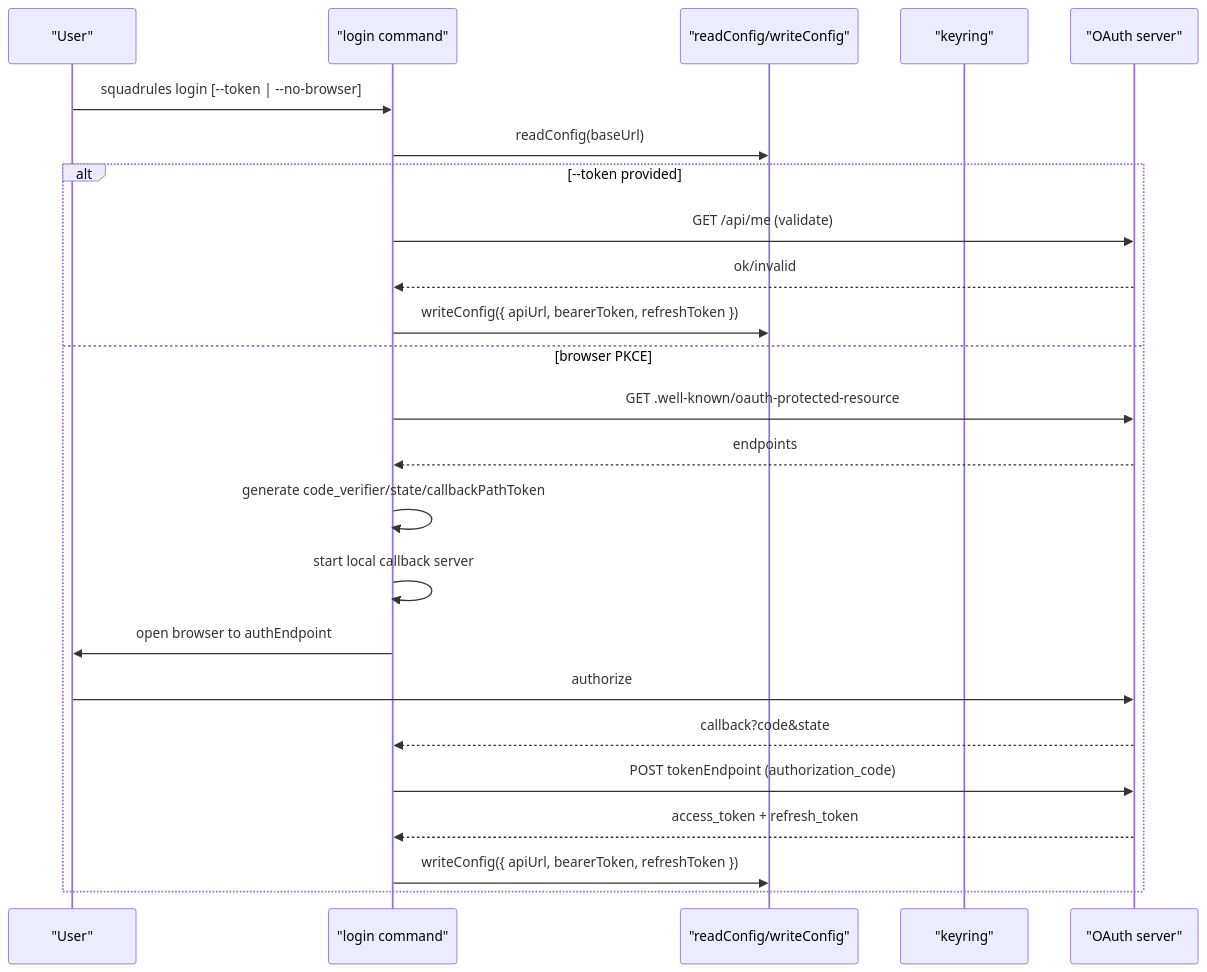
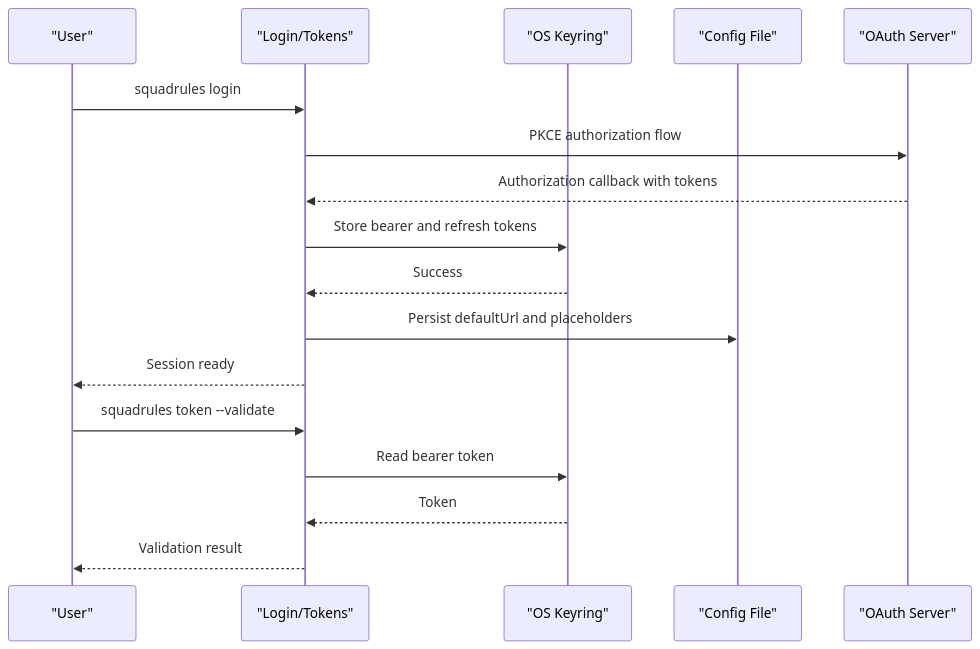
Before and after one commit to SquadRules/mcp: the fourth of 5 diagrams in .qoder/repowiki/en/content/CLI Interface.md, drawn with Mermaid. The commit also changed other lines of this file and 602 other files, not shown here.

````diff
--- a/.qoder/repowiki/en/content/CLI Interface.md
+++ b/.qoder/repowiki/en/content/CLI Interface.md
@@ -340,26 +170,19 @@
 ```mermaid
 sequenceDiagram
 participant User as "User"
-participant CLI as "login command"
-participant Config as "readConfig/writeConfig"
-participant Keyring as "keyring"
-participant Server as "OAuth server"
-User->>CLI : squadrules login [--token | --no-browser]
-CLI->>Config : readConfig(baseUrl)
-alt --token provided
-CLI->>Server : GET /api/me (validate)
-Server-->>CLI : ok/invalid
-CLI->>Config : writeConfig({ apiUrl, bearerToken, refreshToken })
-else browser PKCE
-CLI->>Server : GET .well-known/oauth-protected-resource
-Server-->>CLI : endpoints
-CLI->>CLI : generate code_verifier/state/callbackPathToken
-CLI->>CLI : start local callback server
-CLI->>User : open browser to authEndpoint
-User->>Server : authorize
-Server-->>CLI : callback?code&state
-CLI->>Server : POST tokenEndpoint (authorization_code)
-Server-->>CLI : access_token + refresh_token
-CLI->>Config : writeConfig({ apiUrl, bearerToken, refreshToken })
-end
+participant CLI as "Login/Tokens"
+participant Keyring as "OS Keyring"
+participant Config as "Config File"
+participant Server as "OAuth Server"
+User->>CLI : squadrules login
+CLI->>Server : PKCE authorization flow
+Server-->>CLI : Authorization callback with tokens
+CLI->>Keyring : Store bearer and refresh tokens
+Keyring-->>CLI : Success
+CLI->>Config : Persist defaultUrl and placeholders
+CLI-->>User : Session ready
+User->>CLI : squadrules token --validate
+CLI->>Keyring : Read bearer token
+Keyring-->>CLI : Token
+CLI-->>User : Validation result
 ```
````
